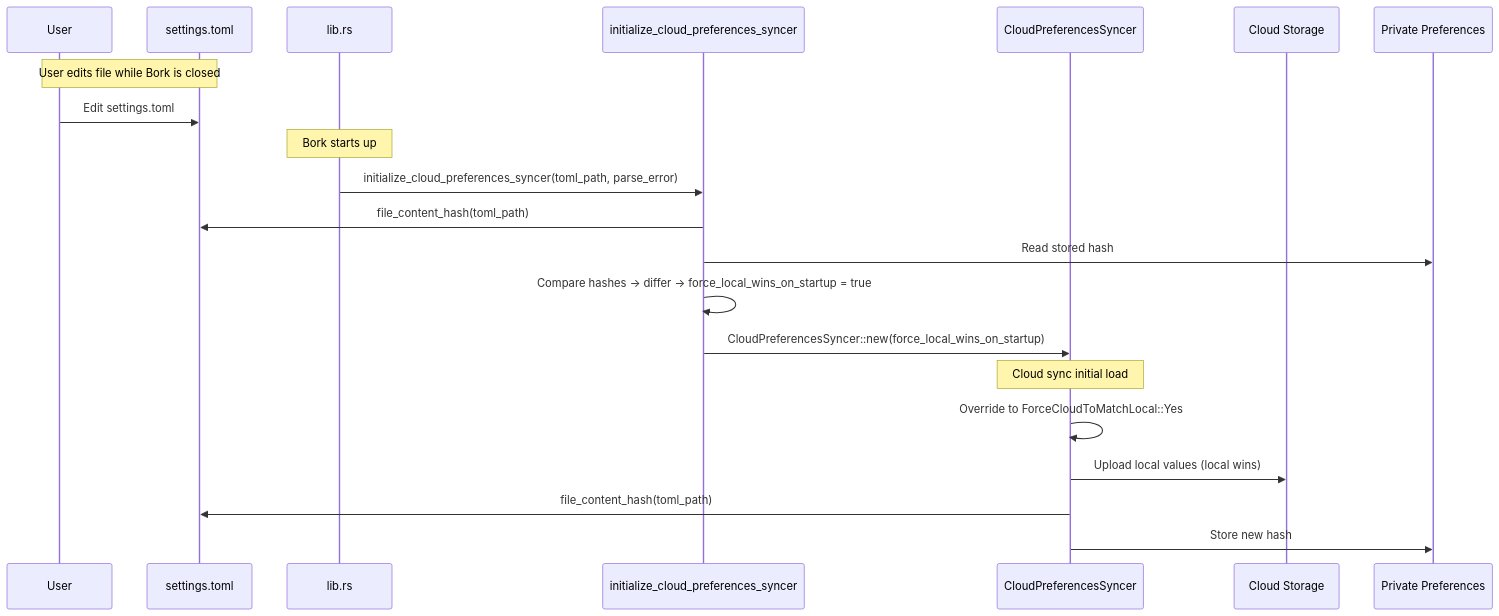
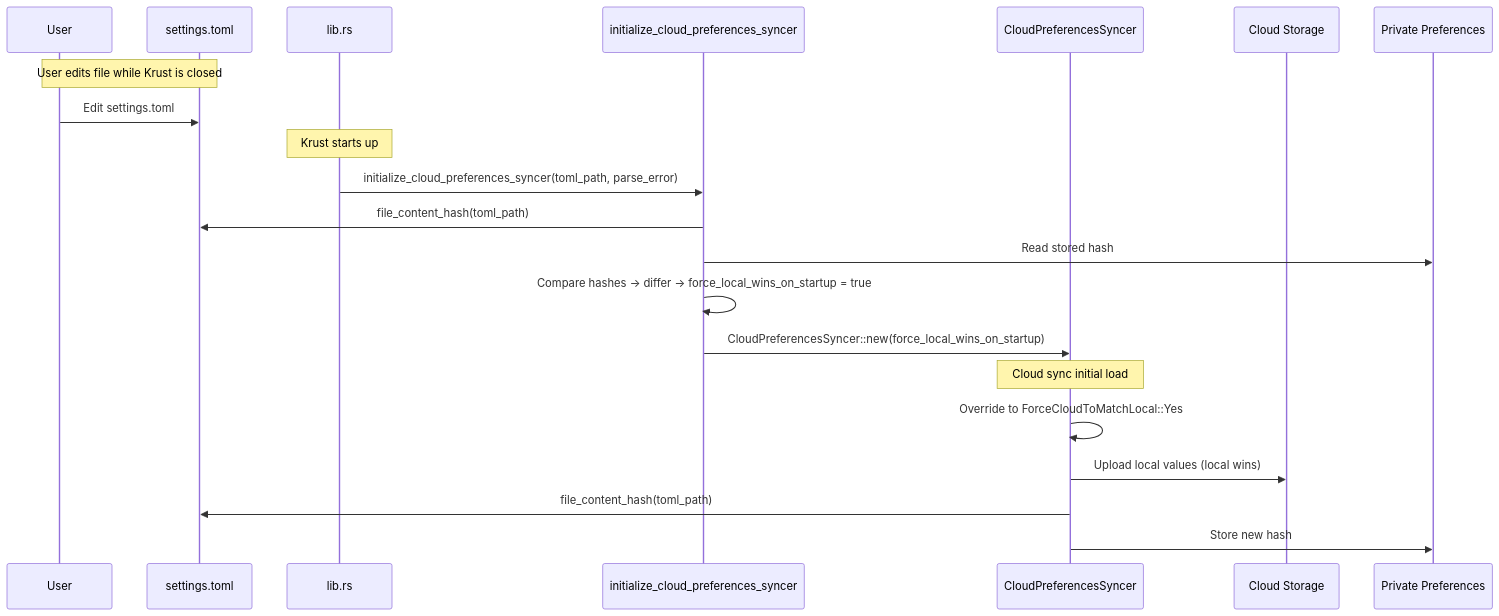
The diagram in specs/danielpeng/QUALITY-474/TECH.md (antikrust/krust-terminal), drawn with Mermaid before and after one commit. The commit also changed other lines of this file and 4480 other files, not shown here.

First line of the commit message:
Rebrand Bork -> Krust

````diff
--- a/specs/danielpeng/QUALITY-474/TECH.md
+++ b/specs/danielpeng/QUALITY-474/TECH.md
@@ -226,26 +226,26 @@
 ```mermaid
 sequenceDiagram
     participant User
     participant File as settings.toml
     participant LibRs as lib.rs
     participant Init as initialize_cloud_preferences_syncer
     participant Syncer as CloudPreferencesSyncer
     participant Cloud as Cloud Storage
     participant PrivPrefs as Private Preferences
 
-    Note over User,File: User edits file while Bork is closed
+    Note over User,File: User edits file while Krust is closed
 
     User->>File: Edit settings.toml
 
-    Note over LibRs: Bork starts up
+    Note over LibRs: Krust starts up
     LibRs->>Init: initialize_cloud_preferences_syncer(toml_path, parse_error)
     Init->>File: file_content_hash(toml_path)
     Init->>PrivPrefs: Read stored hash
     Init->>Init: Compare hashes → differ → force_local_wins_on_startup = true
     Init->>Syncer: CloudPreferencesSyncer::new(force_local_wins_on_startup)
     Note over Syncer: Cloud sync initial load
     Syncer->>Syncer: Override to ForceCloudToMatchLocal::Yes
     Syncer->>Cloud: Upload local values (local wins)
     Syncer->>File: file_content_hash(toml_path)
     Syncer->>PrivPrefs: Store new hash
 ```
````
